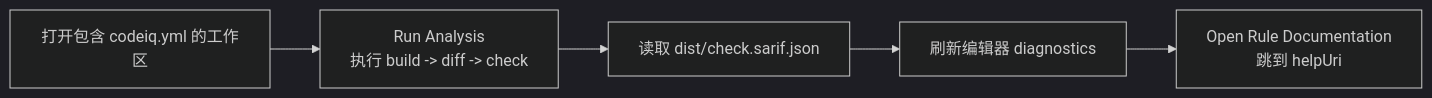
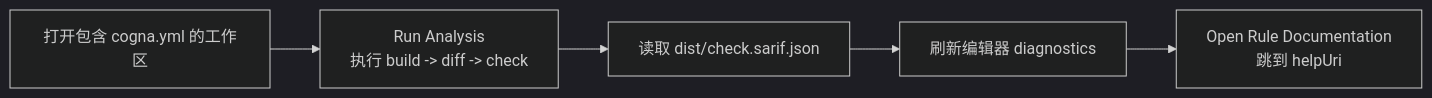
One commit to cogna-dev/cogna changed the diagram in docs/src/content/docs/ide.mdx. Above: the diagram before and after it, drawn with Mermaid (dark theme). The commit also changed other lines of this file and 172 other files, not shown here.

````diff
--- a/docs/src/content/docs/ide.mdx
+++ b/docs/src/content/docs/ide.mdx
@@ -51,7 +51,7 @@
 ```mermaid
 flowchart LR
-    A["打开包含 codeiq.yml 的工作区"] --> B["Run Analysis\n执行 build -> diff -> check"]
+    A["打开包含 cogna.yml 的工作区"] --> B["Run Analysis\n执行 build -> diff -> check"]
     B --> C["读取 dist/check.sarif.json"]
     C --> D["刷新编辑器 diagnostics"]
     D --> E["Open Rule Documentation\n跳到 helpUri"]
 ```
````
